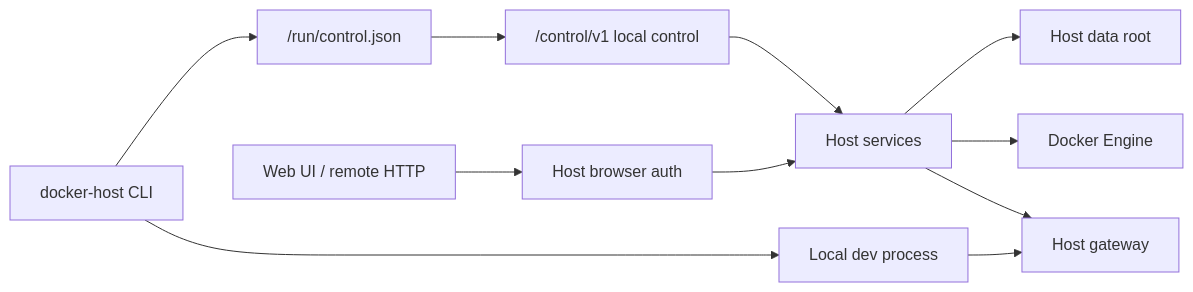
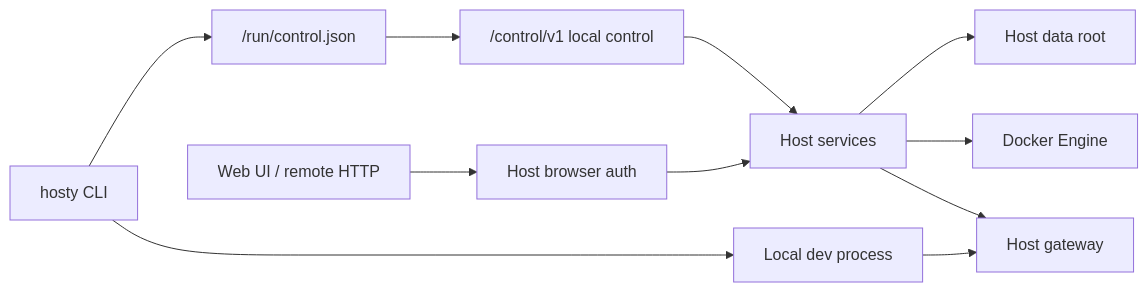
One commit to alex-de-haas/docker-host changed the diagram in docs/features/cli-trusted-control-and-dev-metadata.md. Above: the diagram before and after it, drawn with Mermaid. The commit also changed other lines of this file and 77 other files, not shown here.

````diff
--- a/docs/features/cli-trusted-control-and-dev-metadata.md
+++ b/docs/features/cli-trusted-control-and-dev-metadata.md
@@ -7,13 +7,13 @@
 ```mermaid
 flowchart LR
-  CLI["docker-host CLI"] --> Discovery["<host-data-root>/run/control.json"]
+  CLI["hosty CLI"] --> Discovery["<host-data-root>/run/control.json"]
   Discovery --> Control["/control/v1 local control"]
   Control --> Host["Host services"]
   Web["Web UI / remote HTTP"] --> Auth["Host browser auth"]
   Auth --> Host
   Host --> Store["Host data root"]
   Host --> Docker["Docker Engine"]
   CLI --> Process["Local dev process"]
   Process --> Gateway["Host gateway"]
   Host --> Gateway
 ```
````
